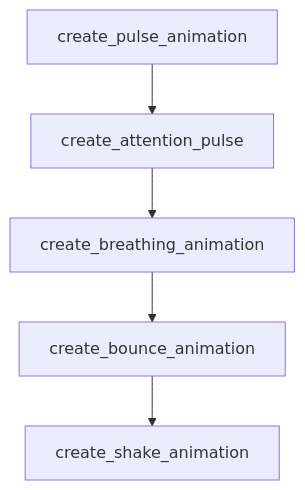
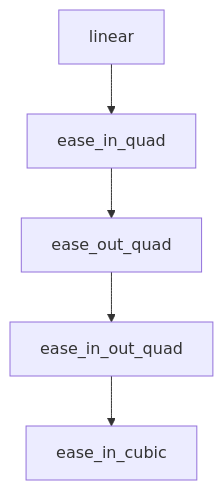
Before and after one commit to johnxie/awesome-code-docs: the diagram in tutorials/awesome-claude-skills-tutorial/06-contribution-workflow-and-repository-governance.md, drawn with Mermaid. The commit also changed other lines of this file and 1232 other files, not shown here.

````diff
--- a/tutorials/awesome-claude-skills-tutorial/06-contribution-workflow-and-repository-governance.md
+++ b/tutorials/awesome-claude-skills-tutorial/06-contribution-workflow-and-repository-governance.md
@@ -212,12 +210,12 @@
 ```mermaid
 flowchart TD
-    A[create_pulse_animation]
-    B[create_attention_pulse]
-    C[create_breathing_animation]
-    D[create_bounce_animation]
-    E[create_shake_animation]
+    A[linear]
+    B[ease_in_quad]
+    C[ease_out_quad]
+    D[ease_in_out_quad]
+    E[ease_in_cubic]
     A --> B
     B --> C
     C --> D
     D --> E
 ```
````
